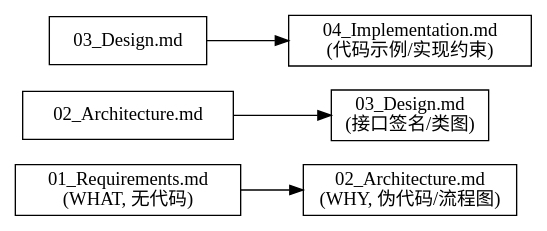
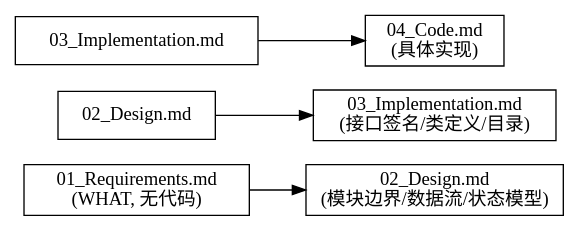
The second of 2 diagrams in dd-write-requirements/SKILL.md (marcocpt/trae_skills), drawn with Graphviz before and after one commit. The commit also changed other lines of this file and 1 other file, not shown here.

````diff
--- a/dd-write-requirements/SKILL.md
+++ b/dd-write-requirements/SKILL.md
@@ -331,9 +349,9 @@
 ```dot
 digraph doc_layers {
     rankdir=LR;
     node [shape=box];
-    "01_Requirements.md\n(WHAT, 无代码)" -> "02_Architecture.md\n(WHY, 伪代码/流程图)";
-    "02_Architecture.md" -> "03_Design.md\n(接口签名/类图)";
-    "03_Design.md" -> "04_Implementation.md\n(代码示例/实现约束)";
+    "01_Requirements.md\n(WHAT, 无代码)" -> "02_Design.md\n(模块边界/数据流/状态模型)";
+    "02_Design.md" -> "03_Implementation.md\n(接口签名/类定义/目录)";
+    "03_Implementation.md" -> "04_Code.md\n(具体实现)";
 }
 ```
````
